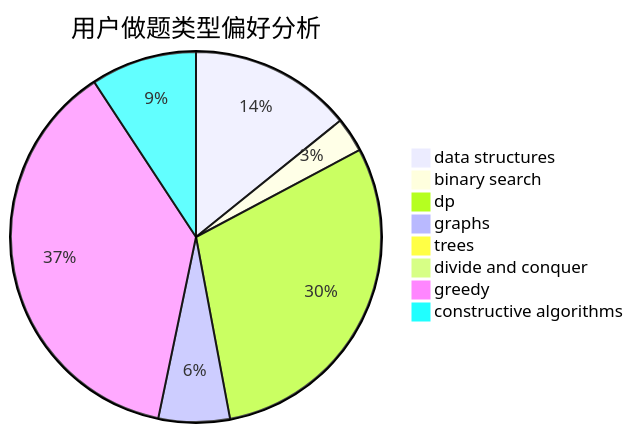
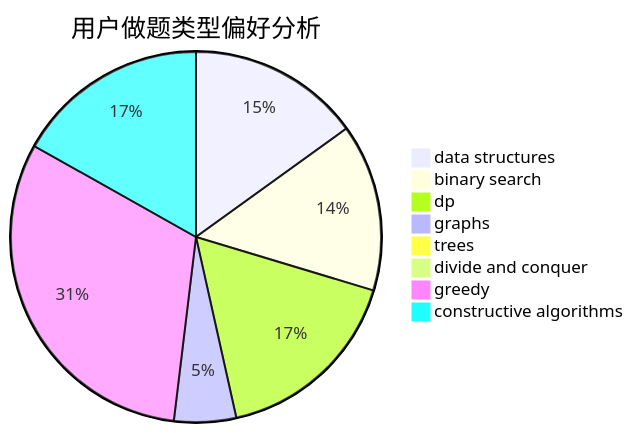
One commit to sherpahu/cfrs.github.io changed the second of 3 diagrams in docs/user/u813.md. Above: the diagram before and after it, drawn with Mermaid. The commit also changed other lines of this file and 2770 other files, not shown here.

````diff
--- a/docs/user/u813.md
+++ b/docs/user/u813.md
@@ -23,11 +23,11 @@
 ```mermaid
 pie title 用户做题类型偏好分析
-    "data structures" :  89
-    "binary search" :  19
-    "dp" :  187
-    "graphs" :  39
-    "trees" :  1
-    "divide and conquer" :  0
-    "greedy" :  235
-    "constructive algorithms" :  58
+    "data structures" :  437
+    "binary search" :  424
+    "dp" :  489
+    "graphs" :  157
+    "trees" :  16
+    "divide and conquer" :  9
+    "greedy" :  907
+    "constructive algorithms" :  489
 ```
````
